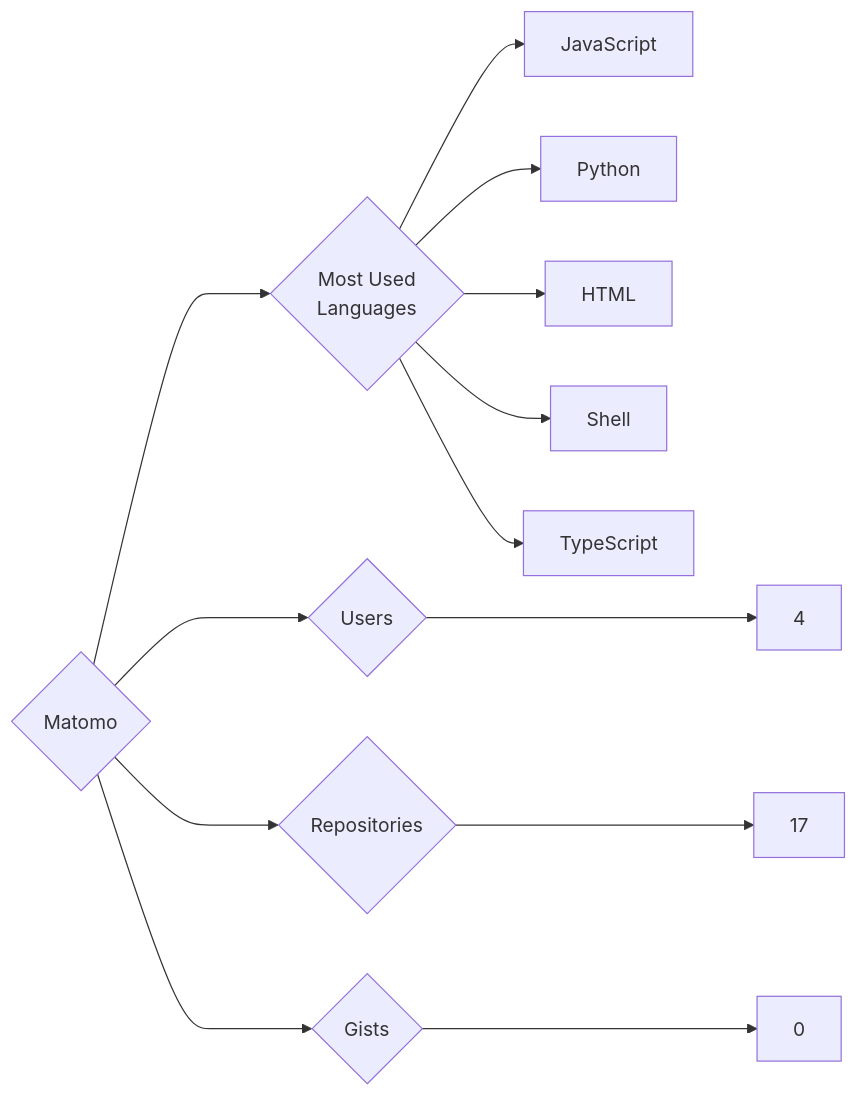
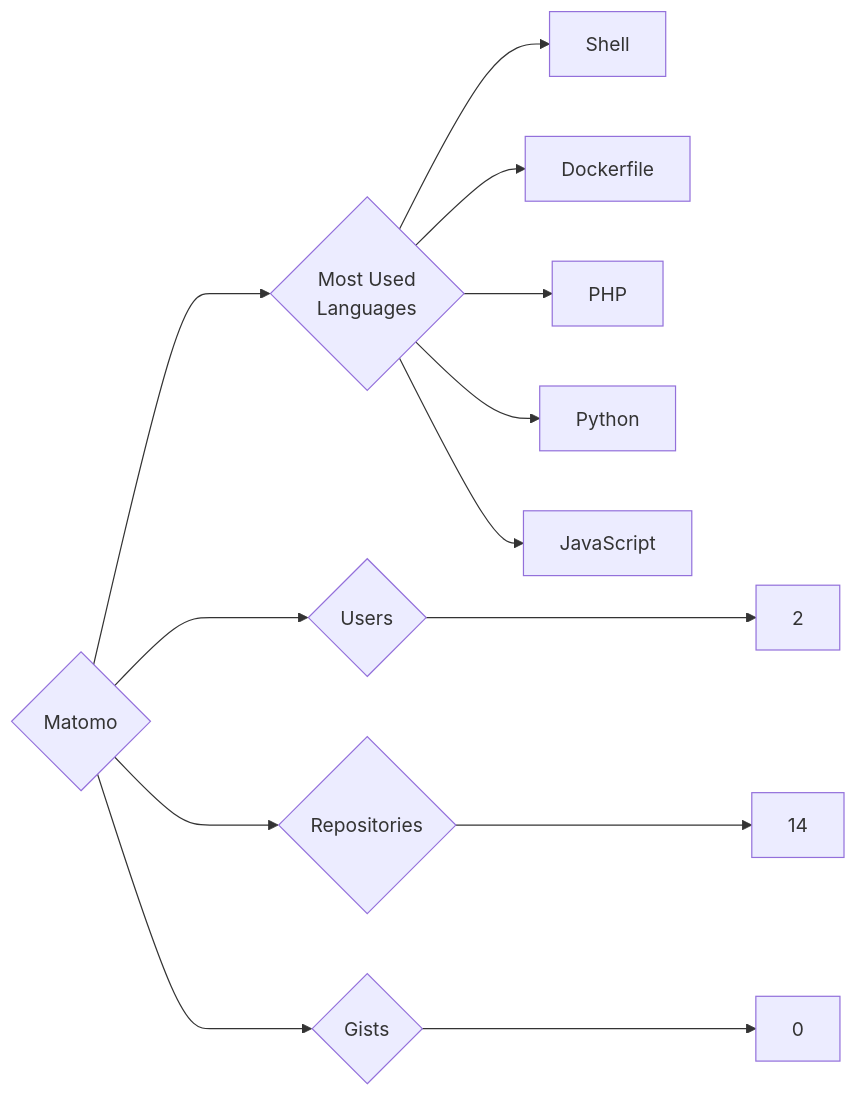
One commit to trickest/insiders changed the diagram in targets/Matomo/README.md. Above: the diagram before and after it, drawn with Mermaid. The commit also changed 932 other files, not shown here.

````diff
--- a/targets/Matomo/README.md
+++ b/targets/Matomo/README.md
@@ -3,13 +3,13 @@
 ```mermaid
 graph LR
 COMPANY_NAME{Matomo}
-COMPANY_NAME ---> U{Users} ---> UN[4]
-COMPANY_NAME ---> R{Repositories} ---> RN[17]
+COMPANY_NAME ---> U{Users} ---> UN[2]
+COMPANY_NAME ---> R{Repositories} ---> RN[14]
 COMPANY_NAME ---> G{Gists} ---> GN[0]
 COMPANY_NAME ---> ML{Most Used<br>Languages}
+ML --> Shell[Shell]
+ML --> Dockerfile[Dockerfile]
+ML --> PHP[PHP]
+ML --> Python[Python]
 ML --> JavaScript[JavaScript]
-ML --> Python[Python]
-ML --> HTML[HTML]
-ML --> Shell[Shell]
-ML --> TypeScript[TypeScript]
 ```
````
